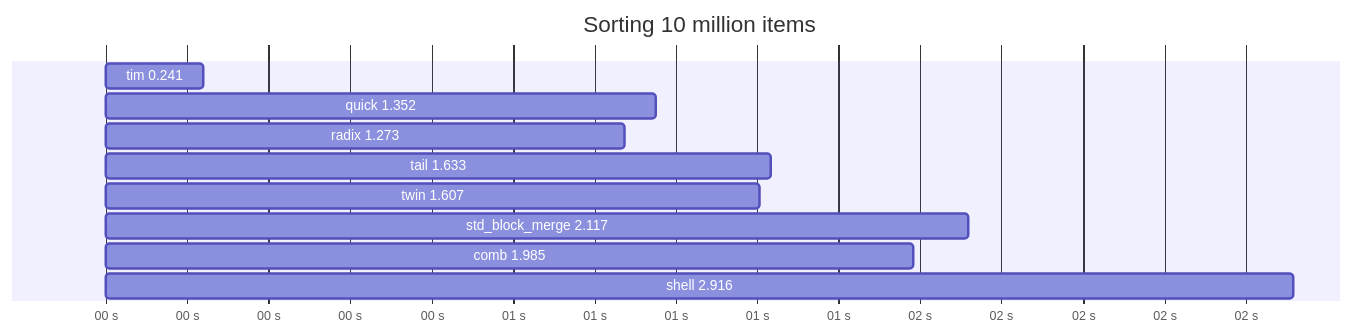
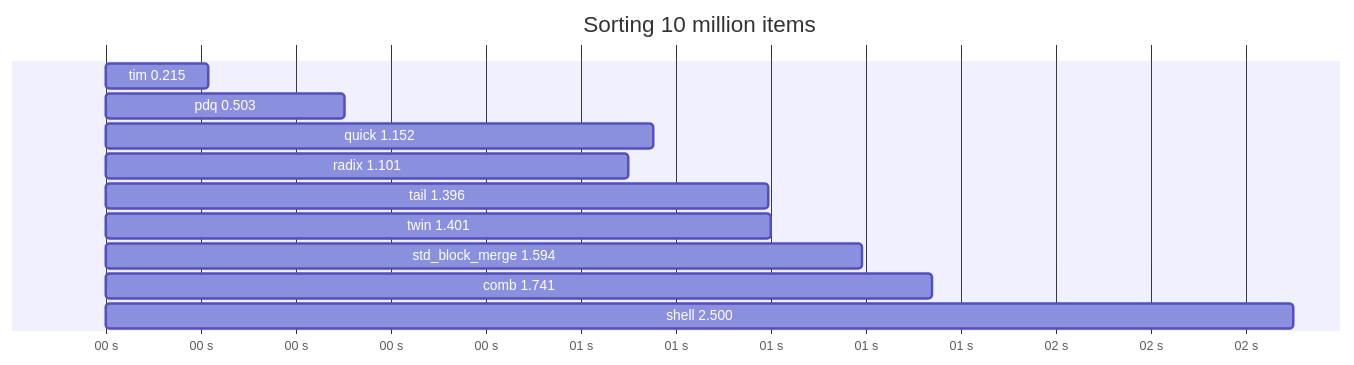
Before and after one commit to alichraghi/zort: the second of 3 diagrams in README.md, drawn with Mermaid. The commit also changed other lines of this file, not shown here.

Commit message:
Update benchmark results with pdqSort()

````diff
--- a/README.md
+++ b/README.md
@@ -56,14 +57,15 @@
 ```mermaid
 gantt
     title Sorting 10 million items
     dateFormat x
     axisFormat %S s
-    tim 0.241: 0,241
-    quick 1.352: 0,1352
-    radix 1.273: 0,1273
-    tail 1.633: 0,1633
-    twin 1.607: 0,1607
-    std_block_merge 2.117: 0,2118
-    comb 1.985: 0,1985
-    shell 2.916: 0,2917
+    tim 0.215: 0,215
+    pdq 0.503: 0,503
+    quick 1.152: 0,1152
+    radix 1.101: 0,1101
+    tail 1.396: 0,1396
+    twin 1.401: 0,1401
+    std_block_merge 1.594: 0,1594
+    comb 1.741: 0,1741
+    shell 2.500: 0,2501
 ```
````
